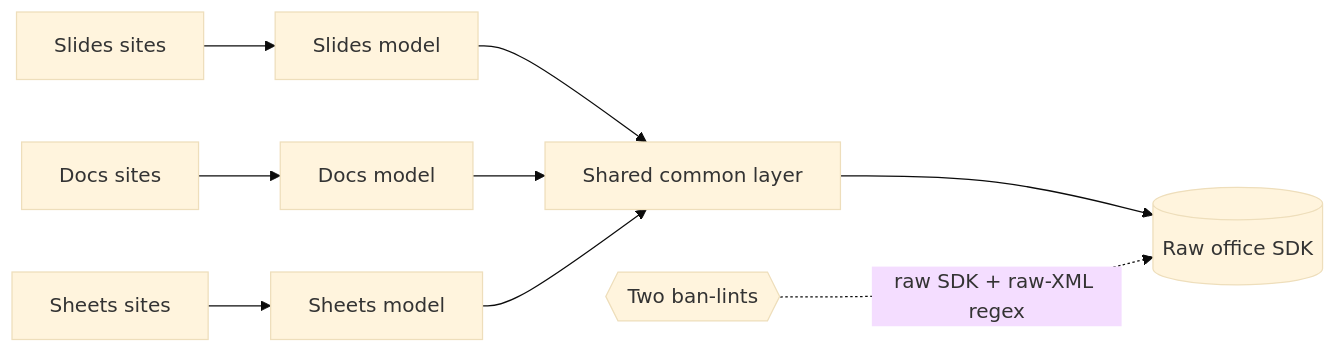
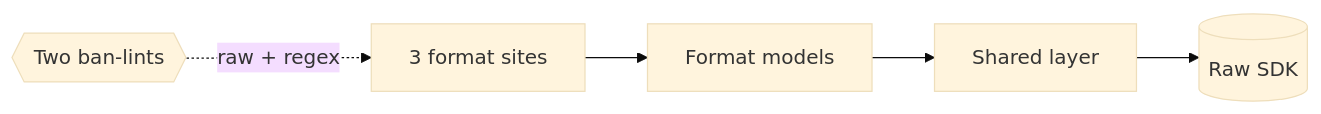
Before and after one commit to davisjam/agent-governance-mechanisms: the diagram in book/appendix-fills/product/office-models.md, drawn with Mermaid (base theme). The commit also changed other lines of this file and 21 other files, not shown here.

````diff
--- a/book/appendix-fills/product/office-models.md
+++ b/book/appendix-fills/product/office-models.md
@@ -37,11 +37,7 @@
 ```mermaid
 flowchart LR
-  S[Slides sites] --> SM[Slides model]
-  D[Docs sites] --> DM[Docs model]
-  X[Sheets sites] --> XM[Sheets model]
-  SM --> Common["Shared common layer"]
-  DM --> Common
-  XM --> Common
-  Common --> Raw[(Raw office SDK)]
-  L{{Two ban-lints}} -. raw SDK + raw-XML regex .-> Raw
+  Sites[3 format sites] --> M[Format models]
+  M --> Common[Shared layer]
+  Common --> Raw[(Raw SDK)]
+  L{{Two ban-lints}} -. raw + regex .-> Sites
 ```
````
